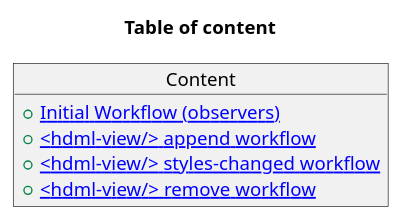
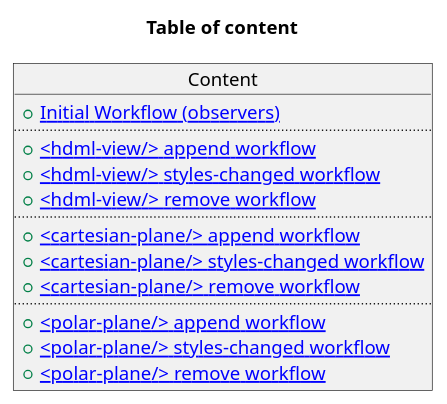
The first of 11 diagrams in uml/puml/charts.puml (hdml-github/hdml), drawn with PlantUML before and after one commit. The commit also changed other lines of this file and 12 other files, not shown here.

Commit message:
<cartesian-plane/> and <polar-plane/> done

```diff
--- a/uml/puml/charts.puml
+++ b/uml/puml/charts.puml
@@ -1,10 +1,19 @@
 @startuml index
   title Table of content
 
   object Content {
     +[[./init_workflow.svg Initial Workflow (observers)]]
+    ....
     +[[./hdml_view_append.svg <hdml-view/> append workflow]]
     +[[./hdml_view_styles_changed.svg <hdml-view/> styles-changed workflow]]
     +[[./hdml_view_remove.svg <hdml-view/> remove workflow]]
+    ....
+    +[[./cartesian_plane_append.svg <cartesian-plane/> append workflow]]
+    +[[./cartesian_plane_styles_changed.svg <cartesian-plane/> styles-changed workflow]]
+    +[[./cartesian_plane_remove.svg <cartesian-plane/> remove workflow]]
+    ....
+    +[[./polar_plane_append.svg <polar-plane/> append workflow]]
+    +[[./polar_plane_styles_changed.svg <polar-plane/> styles-changed workflow]]
+    +[[./polar_plane_remove.svg <polar-plane/> remove workflow]]
   }
 @enduml
```
